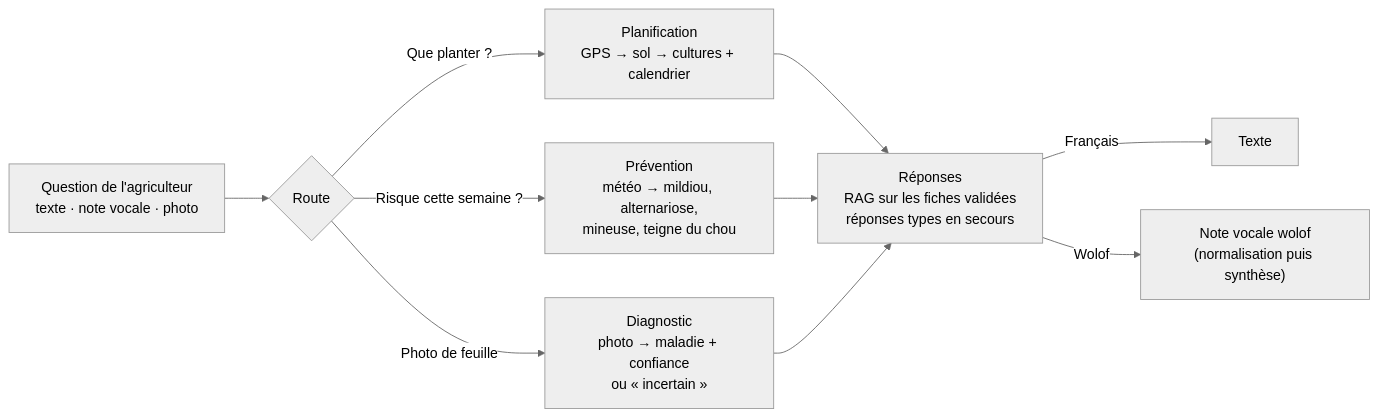
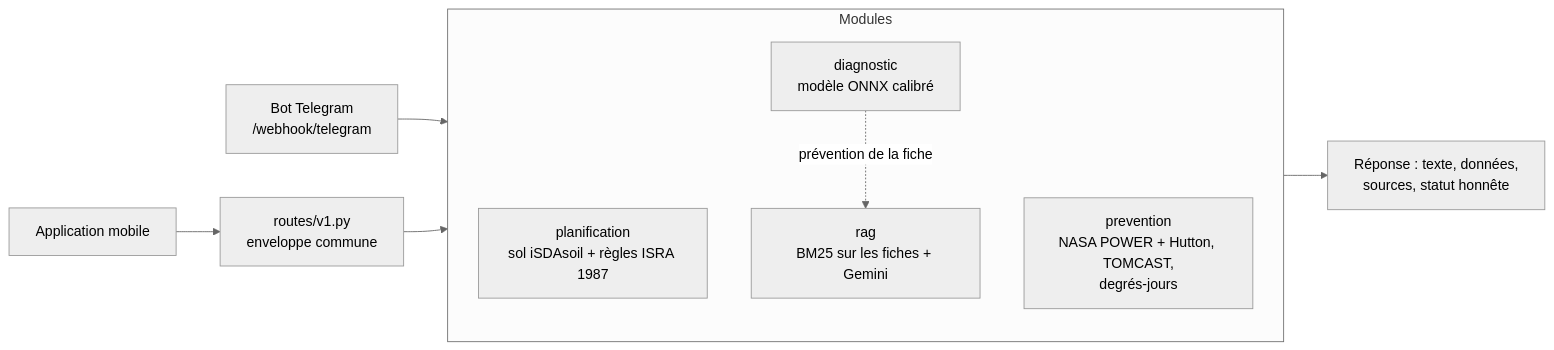
One commit to Oscar-AS/Terramind changed the diagram in engine/README.md. Above: the diagram before and after it, drawn with Mermaid (neutral theme). The commit also changed other lines of this file and 14 other files, not shown here.

First line of the commit message:
docs: README illustrés à jour (app mobile, Telegram, moteur, RAG, modèle v1, archives)

````diff
--- a/engine/README.md
+++ b/engine/README.md
@@ -17,12 +16,14 @@
 ```mermaid
 flowchart LR
-    Q["Question de l'agriculteur<br/>texte · note vocale · photo"] --> R{Route}
-    R -->|"Que planter ?"| P["Planification<br/>GPS → sol → cultures + calendrier"]
-    R -->|"Risque cette semaine ?"| V["Prévention<br/>météo → mildiou, alternariose,<br/>mineuse, teigne du chou"]
-    R -->|Photo de feuille| D["Diagnostic<br/>photo → maladie + confiance<br/>ou « incertain »"]
-    P --> G["Réponses<br/>RAG sur les fiches validées<br/>réponses types en secours"]
-    V --> G
-    D --> G
-    G -->|Français| T[Texte]
-    G -->|Wolof| W["Note vocale wolof<br/>(normalisation puis synthèse)"]
+    A["Application mobile"] --> V1
+    T["Bot Telegram<br/>/webhook/telegram"] --> MOD
+    V1["routes/v1.py<br/>enveloppe commune"] --> MOD
+    subgraph MOD["Modules"]
+      P["planification<br/>sol iSDAsoil + règles ISRA 1987"]
+      R["prevention<br/>NASA POWER + Hutton, TOMCAST,<br/>degrés-jours"]
+      D["diagnostic<br/>modèle ONNX calibré"]
+      Q["rag<br/>BM25 sur les fiches + Gemini"]
+    end
+    D -. "prévention de la fiche" .-> Q
+    MOD --> E["Réponse : texte, données,<br/>sources, statut honnête"]
 ```
````
